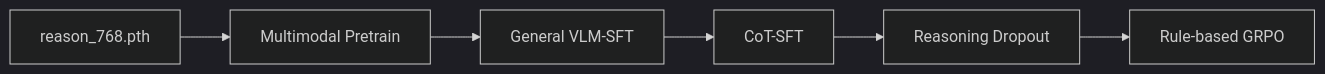
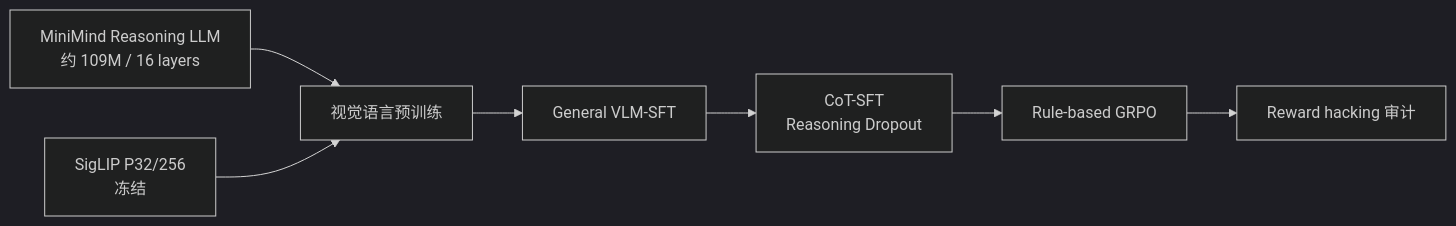
The diagram in README.md (jinin25/minimind-v-reasoning), drawn with Mermaid (dark theme) before and after one commit. The commit also changed other lines of this file and 28 other files, not shown here.

````diff
--- a/README.md
+++ b/README.md
@@ -44,8 +9,9 @@
 ```mermaid
 flowchart LR
-    A["reason_768.pth"] --> B["Multimodal Pretrain"]
+    A["MiniMind Reasoning LLM<br/>约 109M / 16 layers"] --> B["视觉语言预训练"]
+    I["SigLIP P32/256<br/>冻结"] --> B
     B --> C["General VLM-SFT"]
-    C --> D["CoT-SFT"]
-    D --> E["Reasoning Dropout"]
-    E --> F["Rule-based GRPO"]
+    C --> D["CoT-SFT<br/>Reasoning Dropout"]
+    D --> E["Rule-based GRPO"]
+    E --> F["Reward hacking 审计"]
 ```
````
